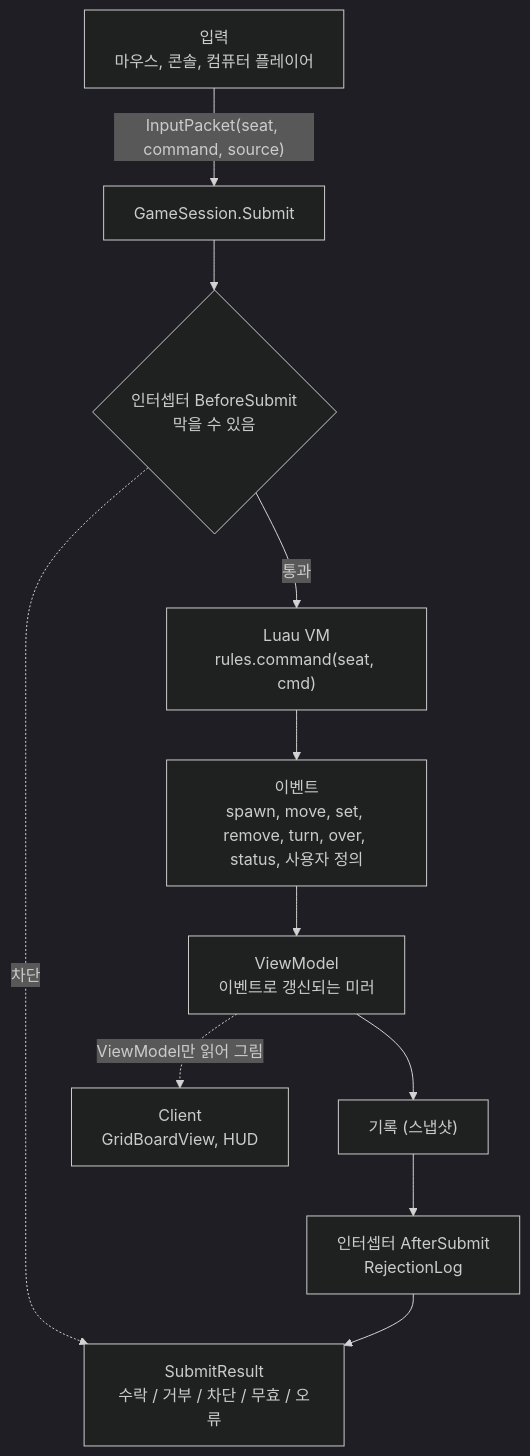
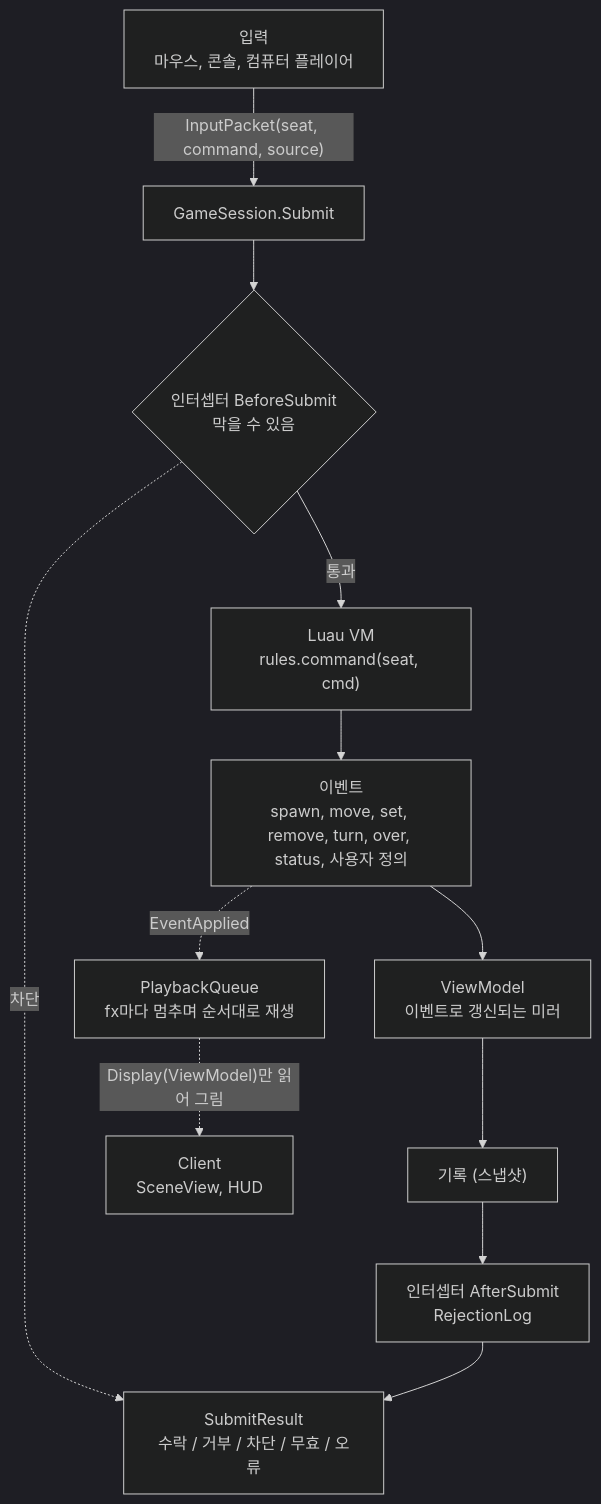
One commit to woodsshin/BoardSandbox changed the diagram in README.md. Above: the diagram before and after it, drawn with Mermaid (dark theme). The commit also changed other lines of this file and 5 other files, not shown here.

````diff
--- a/README.md
+++ b/README.md
@@ -422,24 +531,26 @@
 ```mermaid
 flowchart TD
     Input["입력<br/>마우스, 콘솔, 컴퓨터 플레이어"]
     Submit["GameSession.Submit"]
     Before{"인터셉터 BeforeSubmit<br/>막을 수 있음"}
     Rules["Luau VM<br/>rules.command(seat, cmd)"]
     Events["이벤트<br/>spawn, move, set, remove, turn, over, status, 사용자 정의"]
     View["ViewModel<br/>이벤트로 갱신되는 미러"]
     History["기록 (스냅샷)"]
     After["인터셉터 AfterSubmit<br/>RejectionLog"]
     Result["SubmitResult<br/>수락 / 거부 / 차단 / 무효 / 오류"]
-    Client["Client<br/>GridBoardView, HUD"]
+    Queue["PlaybackQueue<br/>fx마다 멈추며 순서대로 재생"]
+    Client["Client<br/>SceneView, HUD"]
 
     Input -->|"InputPacket(seat, command, source)"| Submit
     Submit --> Before
     Before -->|"통과"| Rules
     Before -.->|"차단"| Result
     Rules --> Events
     Events --> View
     View --> History
     History --> After
     After --> Result
-    View -.->|"ViewModel만 읽어 그림"| Client
+    Events -.->|"EventApplied"| Queue
+    Queue -.->|"Display(ViewModel)만 읽어 그림"| Client
 ```
````
